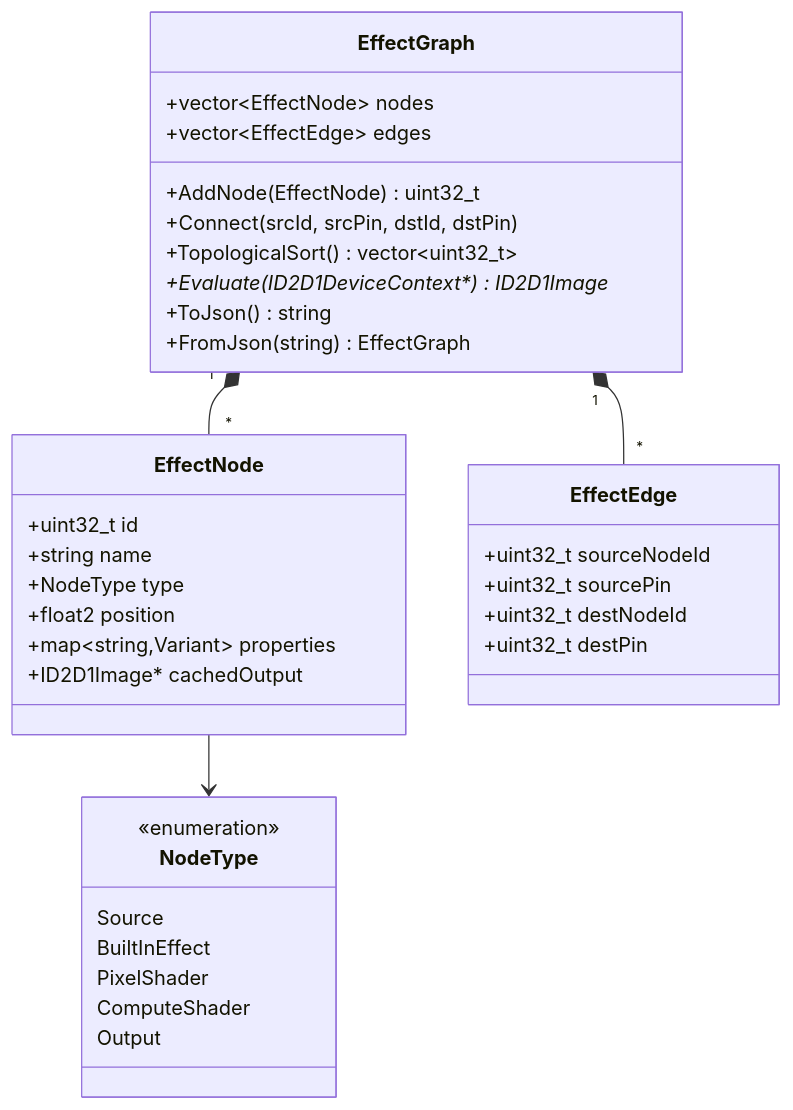
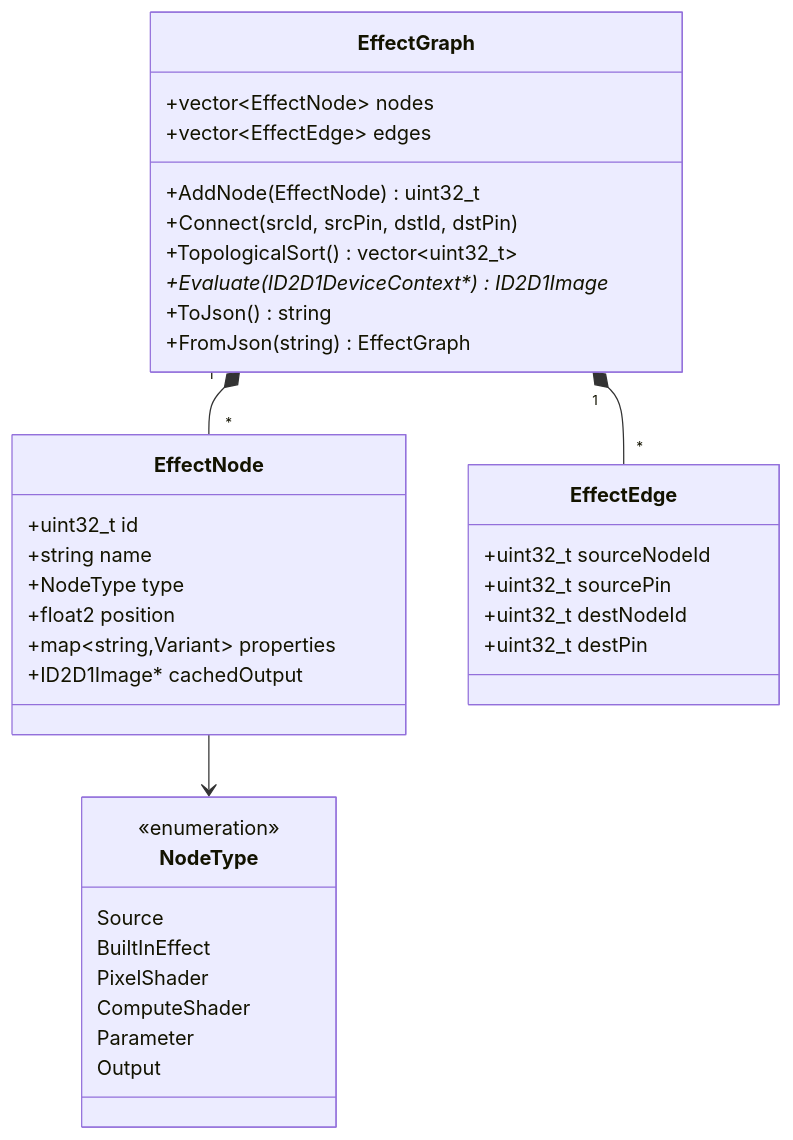
The second of 8 diagrams in README.md (Spruill-1/ShaderLab), drawn with Mermaid before and after one commit. The commit also changed other lines of this file, not shown here.

First line of the commit message:
Update README.md with Day 6 architecture changes

````diff
--- a/README.md
+++ b/README.md
@@ -89,42 +99,43 @@
 ```mermaid
 classDiagram
     class EffectGraph {
         +vector~EffectNode~ nodes
         +vector~EffectEdge~ edges
         +AddNode(EffectNode) uint32_t
         +Connect(srcId, srcPin, dstId, dstPin)
         +TopologicalSort() vector~uint32_t~
         +Evaluate(ID2D1DeviceContext*) ID2D1Image*
         +ToJson() string
         +FromJson(string) EffectGraph
     }
 
     class EffectNode {
         +uint32_t id
         +string name
         +NodeType type
         +float2 position
         +map~string,Variant~ properties
         +ID2D1Image* cachedOutput
     }
 
     class EffectEdge {
         +uint32_t sourceNodeId
         +uint32_t sourcePin
         +uint32_t destNodeId
         +uint32_t destPin
     }
 
     class NodeType {
         <<enumeration>>
         Source
         BuiltInEffect
         PixelShader
         ComputeShader
+        Parameter
         Output
     }
 
     EffectGraph "1" *-- "*" EffectNode
     EffectGraph "1" *-- "*" EffectEdge
     EffectNode --> NodeType
 ```
````
